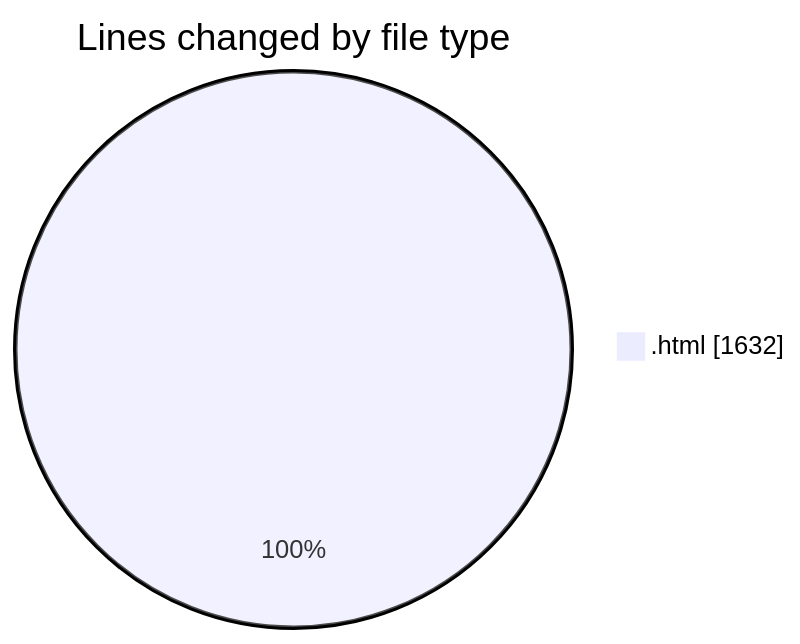
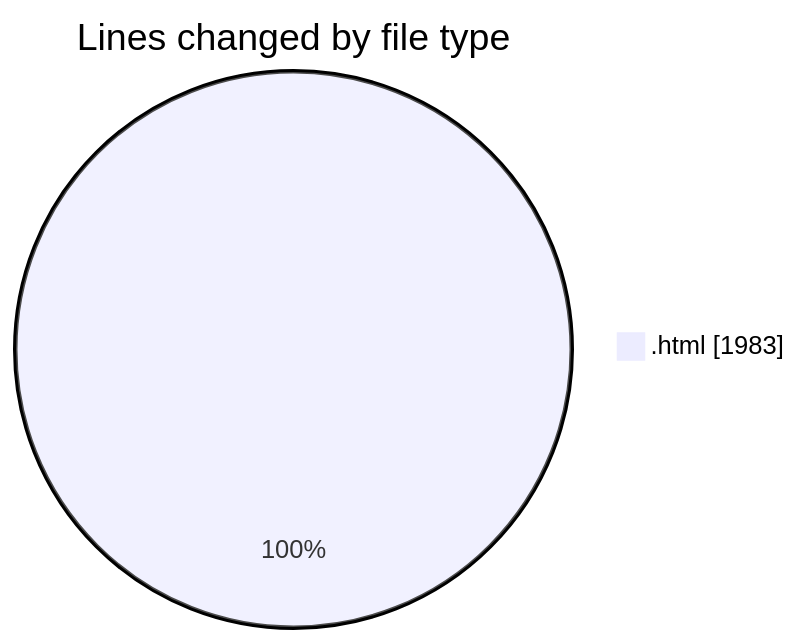
The first of 2 diagrams in 2025-02-15/0starter_files/README.md (Ritupan-Deka/code-tracking), drawn with Mermaid before and after one commit. The commit also changed other lines of this file and 1 other file, not shown here.

````diff
--- a/2025-02-15/0starter_files/README.md
+++ b/2025-02-15/0starter_files/README.md
@@ -20,5 +20,5 @@
 ```mermaid
 pie showData
 title Lines changed by file type
-".html" : 1632
+".html" : 1983
 ```
````
